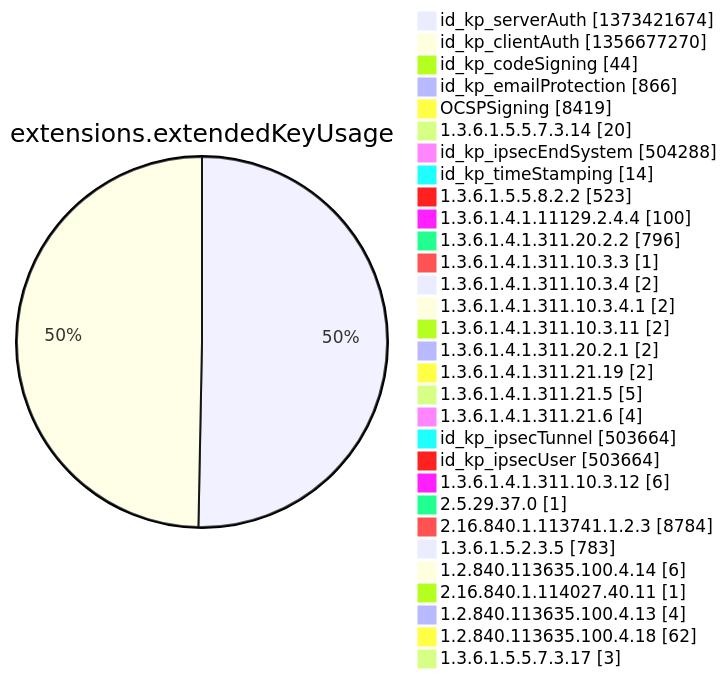
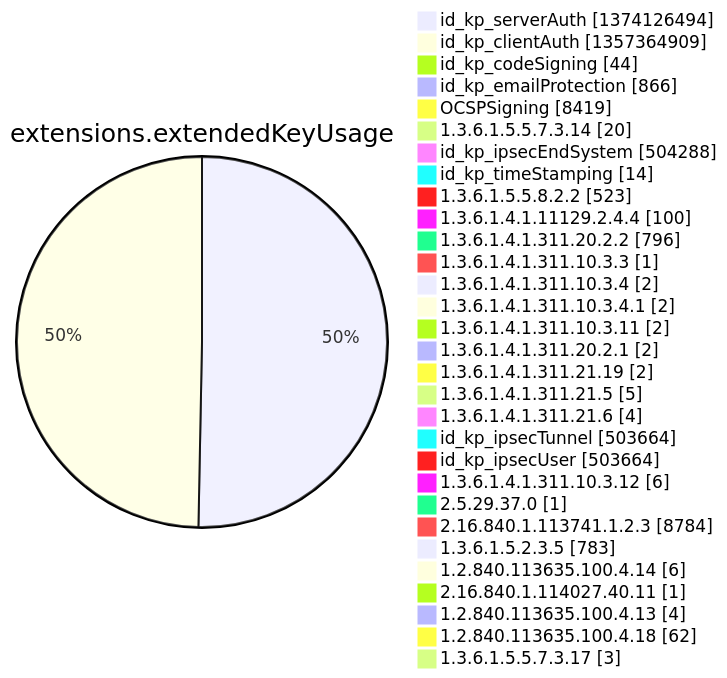
Before and after one commit to christiankrug/ctmonitor_visualization: diagram 12 of 15 in argon2022/README.md, drawn with Mermaid. The commit also changed other lines of this file, not shown here.

````diff
--- a/argon2022/README.md
+++ b/argon2022/README.md
@@ -3553,34 +3553,34 @@
 ```mermaid
 pie showData
 title extensions.extendedKeyUsage
-"id_kp_serverAuth" :1373421674
-"id_kp_clientAuth" :1356677270
+"id_kp_serverAuth" :1374126494
+"id_kp_clientAuth" :1357364909
 "id_kp_codeSigning" :44
 "id_kp_emailProtection" :866
 "OCSPSigning" :8419
 "1.3.6.1.5.5.7.3.14" :20
 "id_kp_ipsecEndSystem" :504288
 "id_kp_timeStamping" :14
 "1.3.6.1.5.5.8.2.2" :523
 "1.3.6.1.4.1.11129.2.4.4" :100
 "1.3.6.1.4.1.311.20.2.2" :796
 "1.3.6.1.4.1.311.10.3.3" :1
 "1.3.6.1.4.1.311.10.3.4" :2
 "1.3.6.1.4.1.311.10.3.4.1" :2
 "1.3.6.1.4.1.311.10.3.11" :2
 "1.3.6.1.4.1.311.20.2.1" :2
 "1.3.6.1.4.1.311.21.19" :2
 "1.3.6.1.4.1.311.21.5" :5
 "1.3.6.1.4.1.311.21.6" :4
 "id_kp_ipsecTunnel" :503664
 "id_kp_ipsecUser" :503664
 "1.3.6.1.4.1.311.10.3.12" :6
 "2.5.29.37.0" :1
 "2.16.840.1.113741.1.2.3" :8784
 "1.3.6.1.5.2.3.5" :783
 "1.2.840.113635.100.4.14" :6
 "2.16.840.1.114027.40.11" :1
 "1.2.840.113635.100.4.13" :4
 "1.2.840.113635.100.4.18" :62
 "1.3.6.1.5.5.7.3.17" :3
 ```
````
